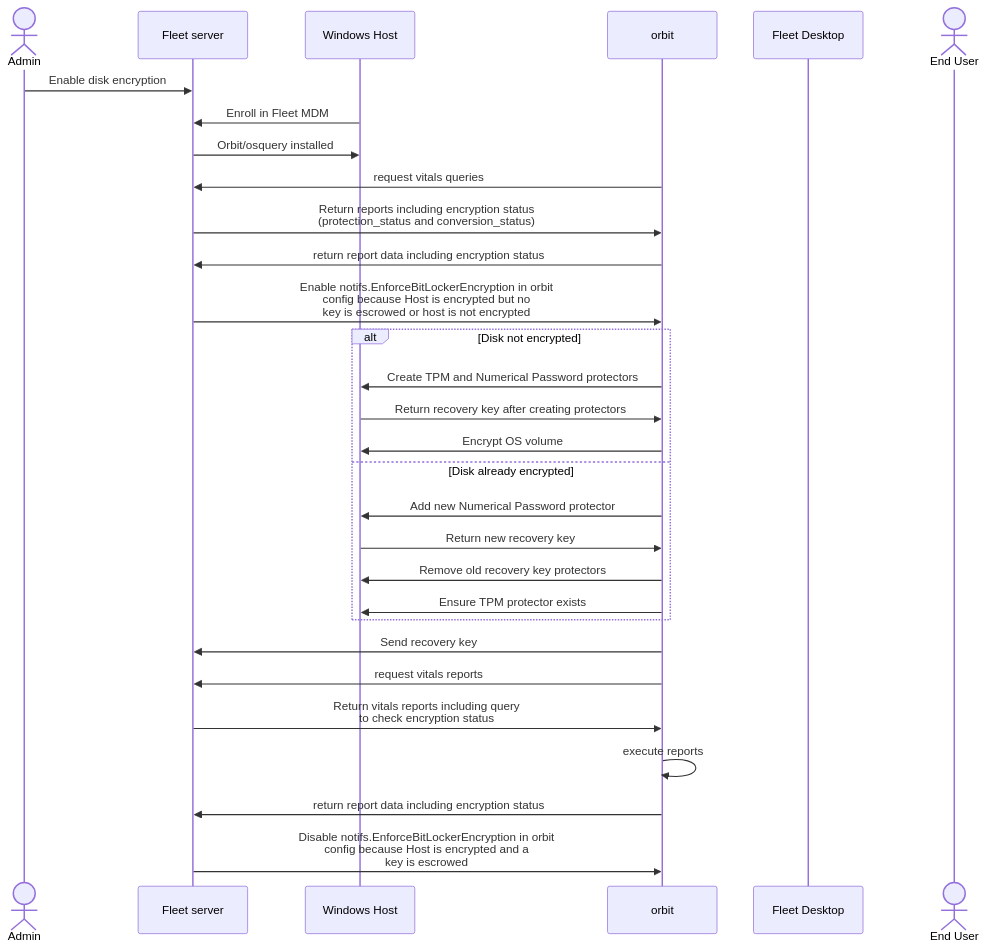
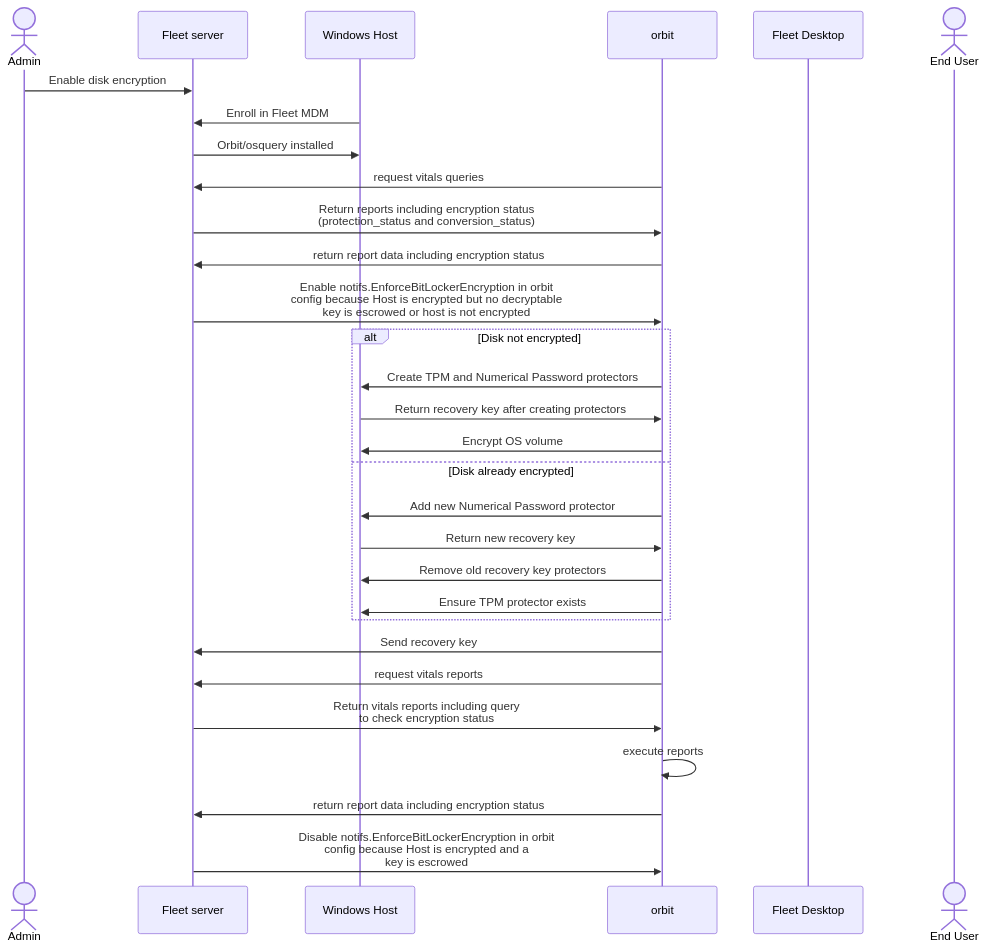
The third of 6 diagrams in docs/Contributing/mdm/disk-encryption.md (fleetdm/fleet), drawn with Mermaid before and after one commit. The commit also changed other lines of this file and 3 other files, not shown here.

First line of the commit message:
Document BitLocker keys on server private key

````diff
--- a/docs/Contributing/mdm/disk-encryption.md
+++ b/docs/Contributing/mdm/disk-encryption.md
@@ -144,32 +144,32 @@
 ```mermaid
 sequenceDiagram
         actor Admin
         participant fleet as Fleet server
         participant host as Windows Host
         participant fleetd as orbit
         participant desktop as Fleet Desktop
         actor user as End User
         Admin->>fleet: Enable disk encryption
         host->>fleet: Enroll in Fleet MDM
         fleet->>host: Orbit/osquery installed
         fleetd->>fleet: request vitals queries
         fleet->>fleetd: Return reports including encryption status<br>(protection_status and conversion_status)
         fleetd->>fleet: return report data including encryption status
-        fleet->>fleetd: Enable notifs.EnforceBitLockerEncryption in orbit<br>config because Host is encrypted but no<br>key is escrowed or host is not encrypted
+        fleet->>fleetd: Enable notifs.EnforceBitLockerEncryption in orbit<br>config because Host is encrypted but no decryptable<br>key is escrowed or host is not encrypted
         alt Disk not encrypted
         fleetd->>host: Create TPM and Numerical Password protectors
         host->>fleetd: Return recovery key after creating protectors
         fleetd->>host: Encrypt OS volume
         else Disk already encrypted
         fleetd->>host: Add new Numerical Password protector
         host->>fleetd: Return new recovery key
         fleetd->>host: Remove old recovery key protectors
         fleetd->>host: Ensure TPM protector exists
         end
         fleetd->>fleet: Send recovery key
         fleetd->>fleet: request vitals reports
         fleet->>fleetd: Return vitals reports including query<br>to check encryption status
         fleetd->>fleetd: execute reports
         fleetd->>fleet: return report data including encryption status
         fleet->>fleetd: Disable notifs.EnforceBitLockerEncryption in orbit<br>config because Host is encrypted and a<br>key is escrowed
 ```
````
